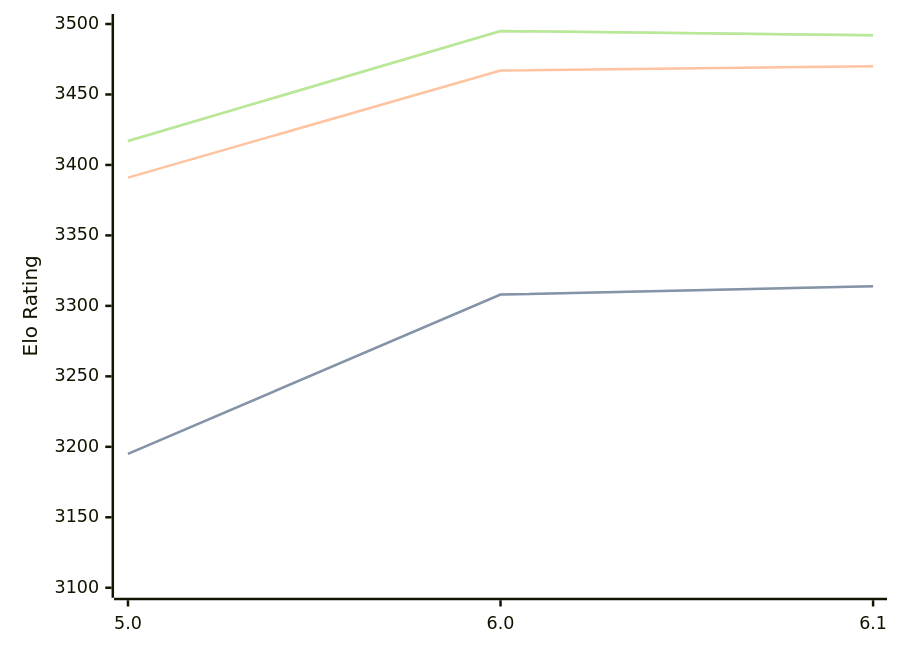
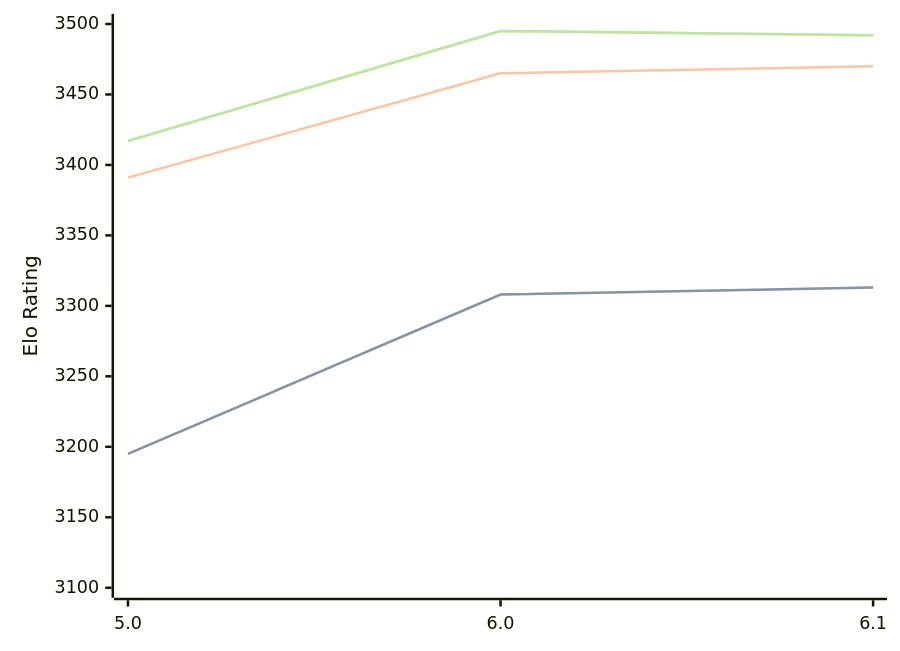
Before and after one commit to computer-chess-index/cci: the diagram in engines/Starzix.md, drawn with Mermaid. The commit also changed other lines of this file, not shown here.

````diff
--- a/engines/Starzix.md
+++ b/engines/Starzix.md
@@ -37,11 +37,11 @@
 ```mermaid
 %%{init: {"theme":"base","themeVariables":{"seriesColors:['#a3a3a3','#222221','#faa371']}}}%%
 xychart-beta
   x-axis ["5.0", "6.0", "6.1"]
   y-axis "Elo Rating" 3100 --> 3500
-  line "STC (8.0+0.08s)" [3195, 3308, 3314]
-  line "STC (8.0+0.08s)" [3195, 3308, 3314]
-  line "LTC (60.0+0.60s)" [3391, 3467, 3470]
+  line "STC (8.0+0.08s)" [3195, 3308, 3313]
+  line "STC (8.0+0.08s)" [3195, 3308, 3313]
+  line "LTC (60.0+0.60s)" [3391, 3465, 3470]
   line "VLTC (2m24s+1.12s)" [3417, 3495, 3492]
   line "VLTC (2m24s+1.12s)" [3417, 3495, 3492]
 ```
````
